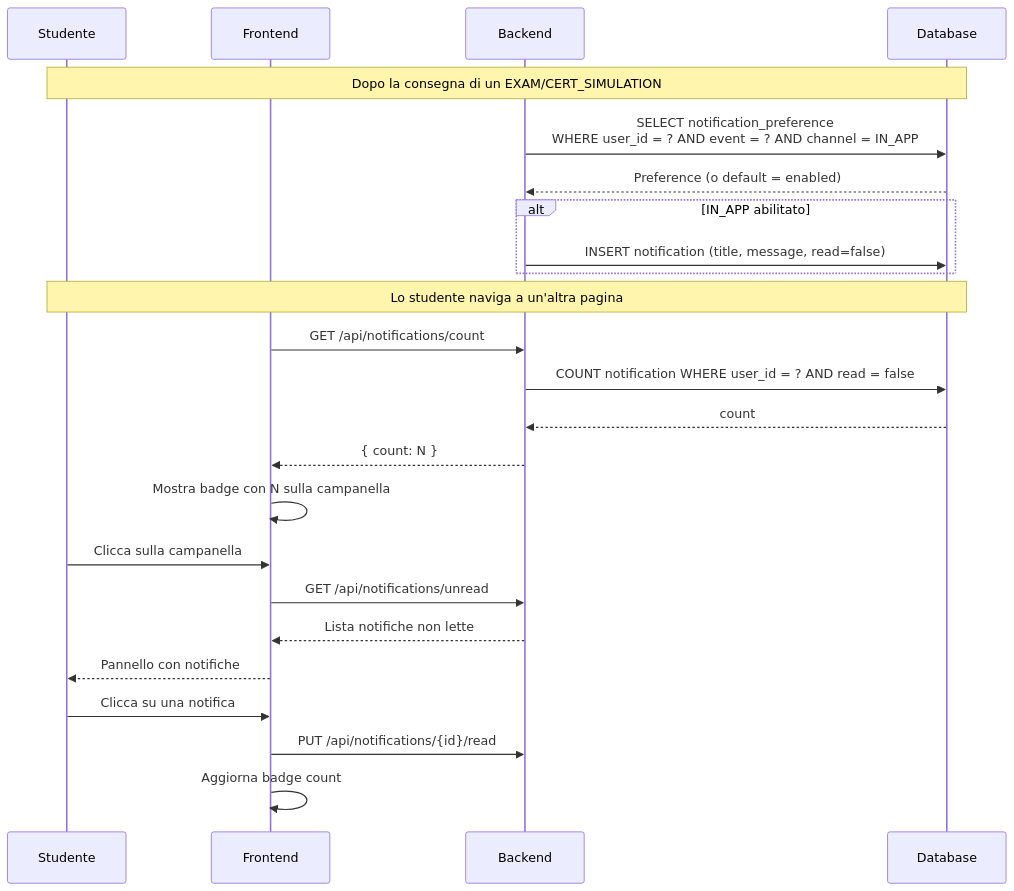
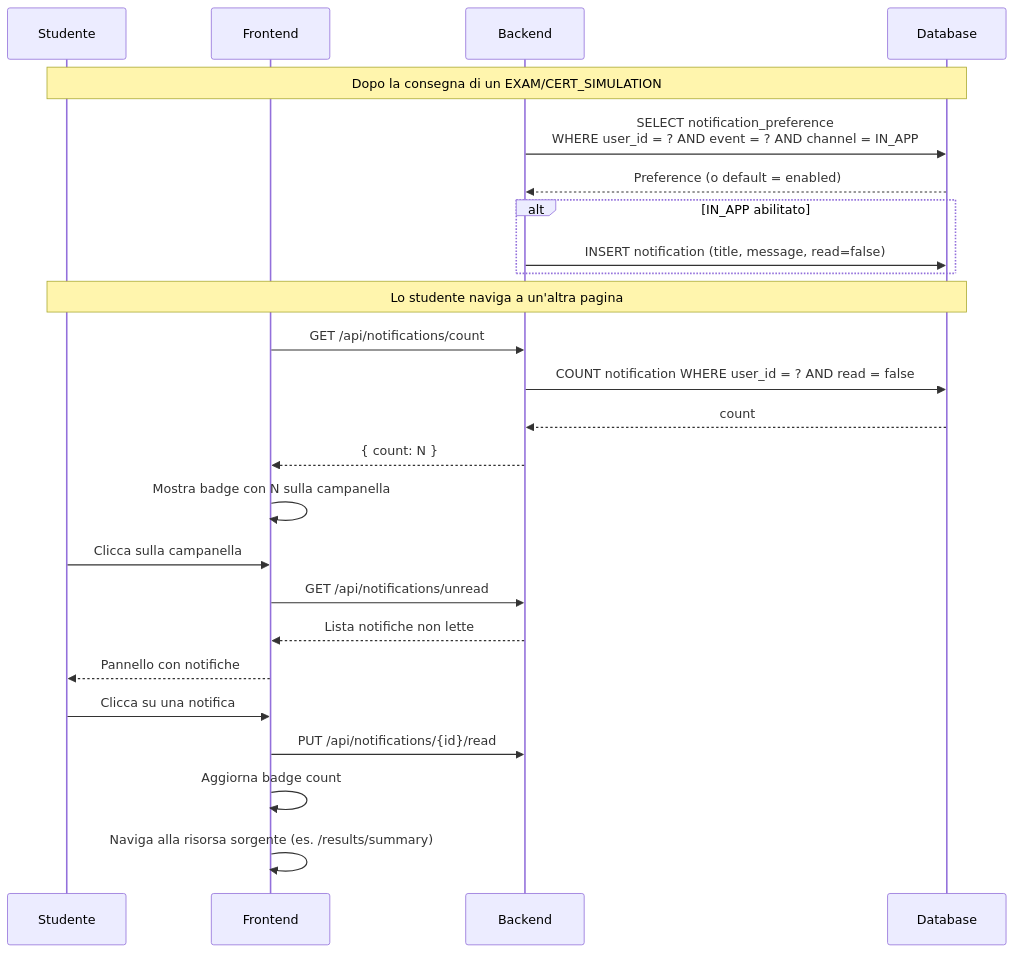
Before and after one commit to testero-app/testero-docs: the eighth of 9 diagrams in docs/funzionalita.md, drawn with Mermaid. The commit also changed other lines of this file and 1 other file, not shown here.

````diff
--- a/docs/funzionalita.md
+++ b/docs/funzionalita.md
@@ -432,33 +432,34 @@
 ```mermaid
 sequenceDiagram
     participant S as Studente
     participant FE as Frontend
     participant BE as Backend
     participant DB as Database
 
     Note over S,DB: Dopo la consegna di un EXAM/CERT_SIMULATION
 
     BE->>DB: SELECT notification_preference<br/>WHERE user_id = ? AND event = ? AND channel = IN_APP
     DB-->>BE: Preference (o default = enabled)
 
     alt IN_APP abilitato
         BE->>DB: INSERT notification (title, message, read=false)
     end
 
     Note over S,DB: Lo studente naviga a un'altra pagina
 
     FE->>BE: GET /api/notifications/count
     BE->>DB: COUNT notification WHERE user_id = ? AND read = false
     DB-->>BE: count
     BE-->>FE: { count: N }
     FE->>FE: Mostra badge con N sulla campanella
 
     S->>FE: Clicca sulla campanella
     FE->>BE: GET /api/notifications/unread
     BE-->>FE: Lista notifiche non lette
     FE-->>S: Pannello con notifiche
 
     S->>FE: Clicca su una notifica
     FE->>BE: PUT /api/notifications/{id}/read
     FE->>FE: Aggiorna badge count
+    FE->>FE: Naviga alla risorsa sorgente (es. /results/summary)
 ```
````
